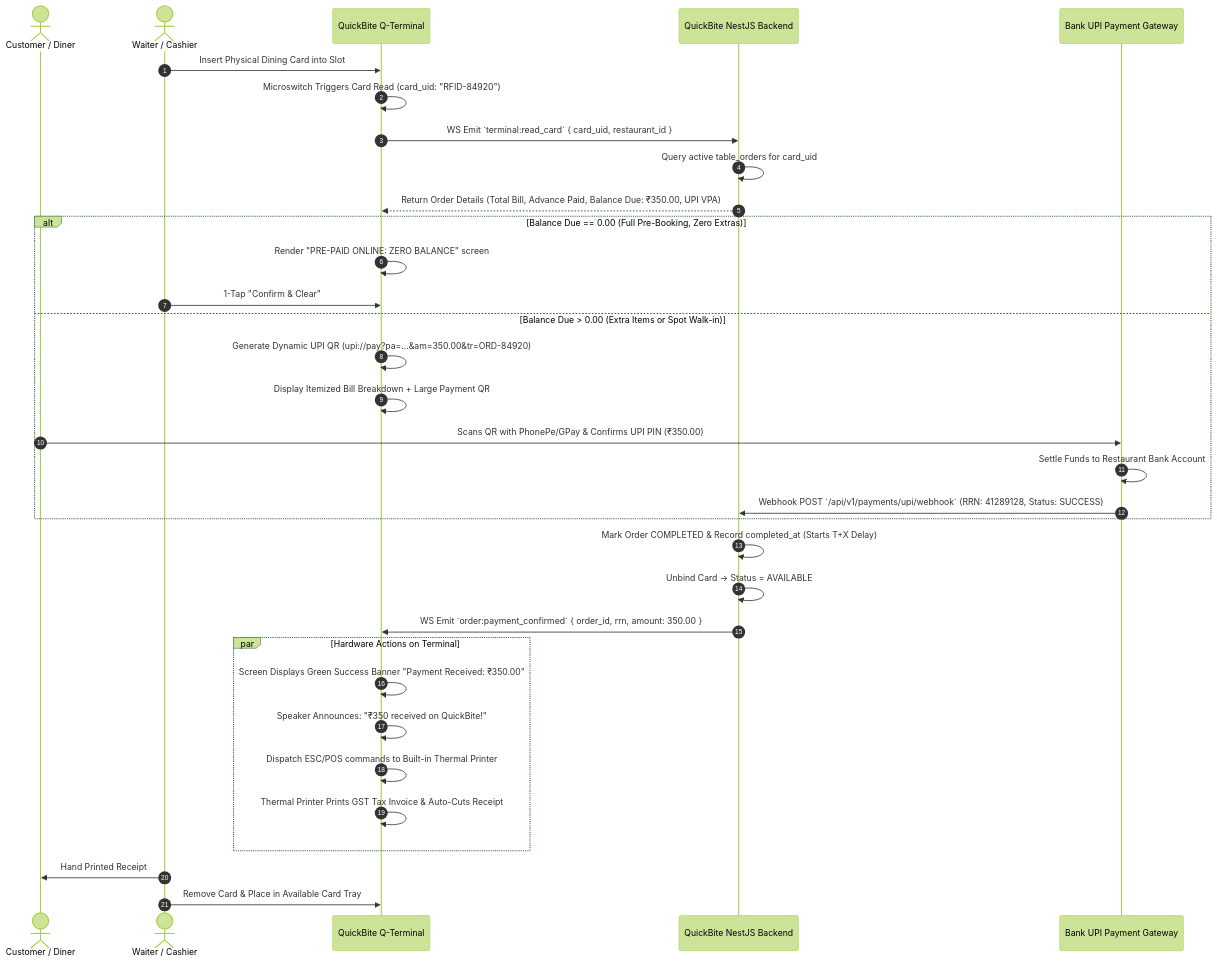
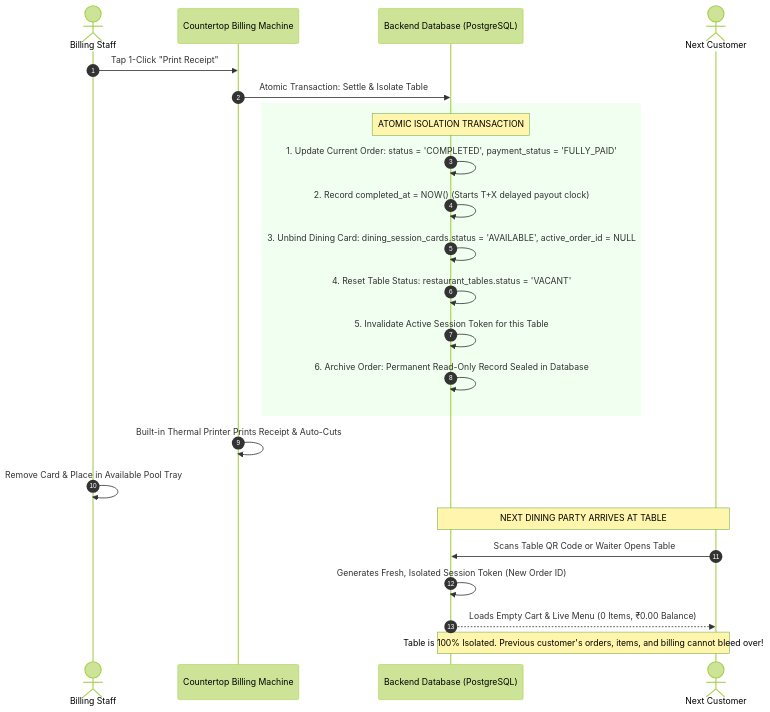
The diagram in docs/hardware-device.md (SidharthT-TechExpert/RWB_Project), drawn with Mermaid (forest theme) before and after one commit. The commit also changed other lines of this file and 4 other files, not shown here.

Commit message:
feat(counter): simplify billing machine with dual screen, direct restaurant payment, 1-tap print, and table isolation

````diff
--- a/docs/hardware-device.md
+++ b/docs/hardware-device.md
@@ -128,40 +104,30 @@
 ```mermaid
 sequenceDiagram
     autonumber
-    actor Diner as Customer / Diner
-    actor Waiter as Waiter / Cashier
-    participant Terminal as QuickBite Q-Terminal
-    participant Backend as QuickBite NestJS Backend
-    participant Gateway as Bank UPI Payment Gateway
+    actor Staff as Billing Staff
+    participant Machine as Countertop Billing Machine
+    participant DB as Backend Database (PostgreSQL)
+    actor NextCustomer as Next Customer
 
-    Waiter->>Terminal: Insert Physical Dining Card into Slot
-    Terminal->>Terminal: Microswitch Triggers Card Read (card_uid: "RFID-84920")
-    Terminal->>Backend: WS Emit `terminal:read_card` { card_uid, restaurant_id }
-    Backend->>Backend: Query active table_orders for card_uid
-    Backend-->>Terminal: Return Order Details (Total Bill, Advance Paid, Balance Due: ₹350.00, UPI VPA)
+    Staff->>Machine: Tap 1-Click "Print Receipt"
+    Machine->>DB: Atomic Transaction: Settle & Isolate Table
     
-    alt Balance Due == 0.00 (Full Pre-Booking, Zero Extras)
-        Terminal->>Terminal: Render "PRE-PAID ONLINE: ZERO BALANCE" screen
-        Waiter->>Terminal: 1-Tap "Confirm & Clear"
-    else Balance Due > 0.00 (Extra Items or Spot Walk-in)
-        Terminal->>Terminal: Generate Dynamic UPI QR (upi://pay?pa=...&am=350.00&tr=ORD-84920)
-        Terminal->>Terminal: Display Itemized Bill Breakdown + Large Payment QR
-        Diner->>Gateway: Scans QR with PhonePe/GPay & Confirms UPI PIN (₹350.00)
-        Gateway->>Gateway: Settle Funds to Restaurant Bank Account
-        Gateway->>Backend: Webhook POST `/api/v1/payments/upi/webhook` (RRN: 41289128, Status: SUCCESS)
+    rect rgb(240, 255, 240)
+        Note over DB: ATOMIC ISOLATION TRANSACTION
+        DB->>DB: 1. Update Current Order: status = 'COMPLETED', payment_status = 'FULLY_PAID'
+        DB->>DB: 2. Record completed_at = NOW() (Starts T+X delayed payout clock)
+        DB->>DB: 3. Unbind Dining Card: dining_session_cards.status = 'AVAILABLE', active_order_id = NULL
+        DB->>DB: 4. Reset Table Status: restaurant_tables.status = 'VACANT'
+        DB->>DB: 5. Invalidate Active Session Token for this Table
+        DB->>DB: 6. Archive Order: Permanent Read-Only Record Sealed in Database
     end
 
-    Backend->>Backend: Mark Order COMPLETED & Record completed_at (Starts T+X Delay)
-    Backend->>Backend: Unbind Card -> Status = AVAILABLE
-    Backend->>Terminal: WS Emit `order:payment_confirmed` { order_id, rrn, amount: 350.00 }
+    Machine->>Machine: Built-in Thermal Printer Prints Receipt & Auto-Cuts
+    Staff->>Staff: Remove Card & Place in Available Pool Tray
 
-    par Hardware Actions on Terminal
-        Terminal->>Terminal: Screen Displays Green Success Banner "Payment Received: ₹350.00"
-        Terminal->>Terminal: Speaker Announces: "₹350 received on QuickBite!"
-        Terminal->>Terminal: Dispatch ESC/POS commands to Built-in Thermal Printer
-        Terminal->>Terminal: Thermal Printer Prints GST Tax Invoice & Auto-Cuts Receipt
-    end
-
-    Waiter->>Diner: Hand Printed Receipt
-    Waiter->>Terminal: Remove Card & Place in Available Card Tray
+    Note over NextCustomer,DB: NEXT DINING PARTY ARRIVES AT TABLE
+    NextCustomer->>DB: Scans Table QR Code or Waiter Opens Table
+    DB->>DB: Generates Fresh, Isolated Session Token (New Order ID)
+    DB-->>NextCustomer: Loads Empty Cart & Live Menu (0 Items, ₹0.00 Balance)
+    Note over NextCustomer,DB: Table is 100% Isolated. Previous customer's orders, items, and billing cannot bleed over!
 ```
````
